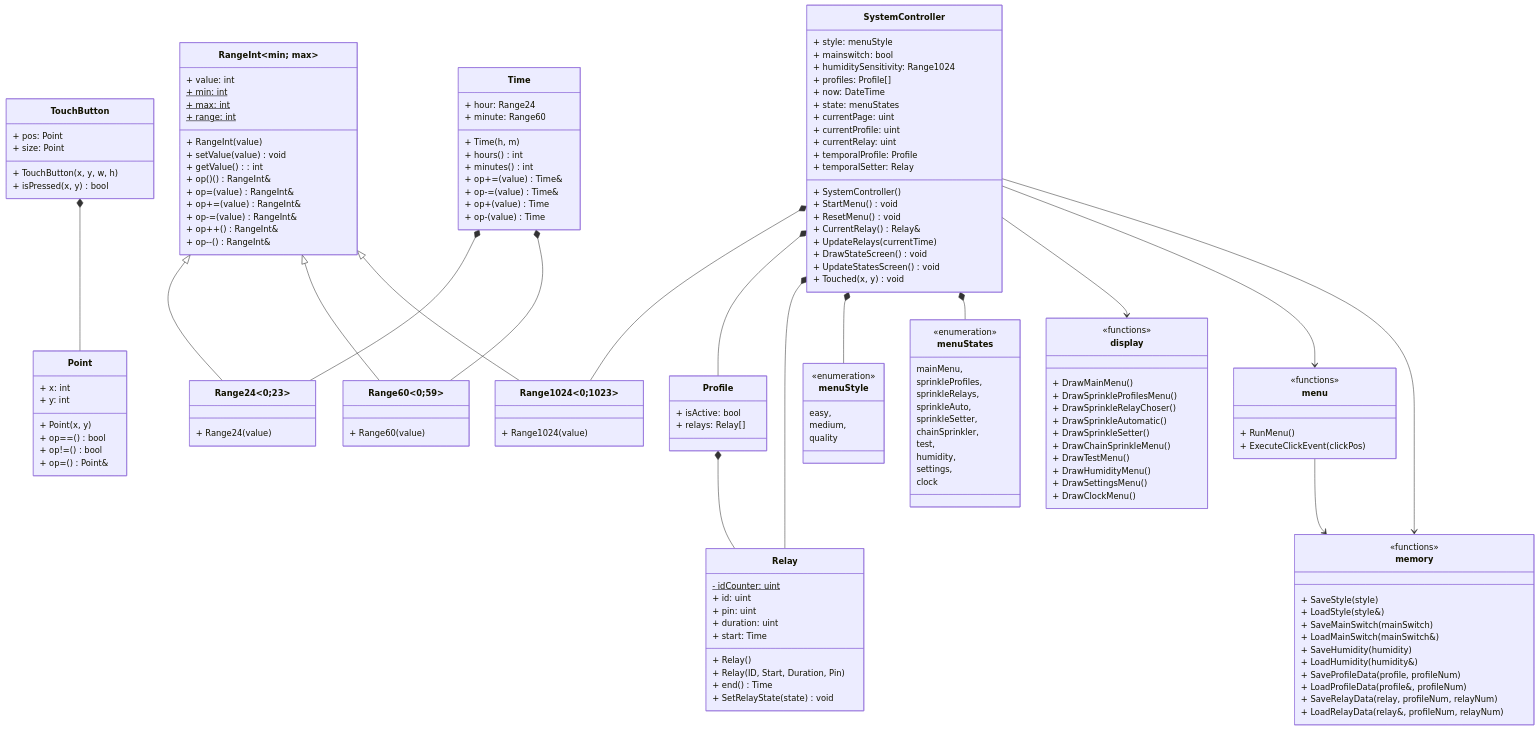
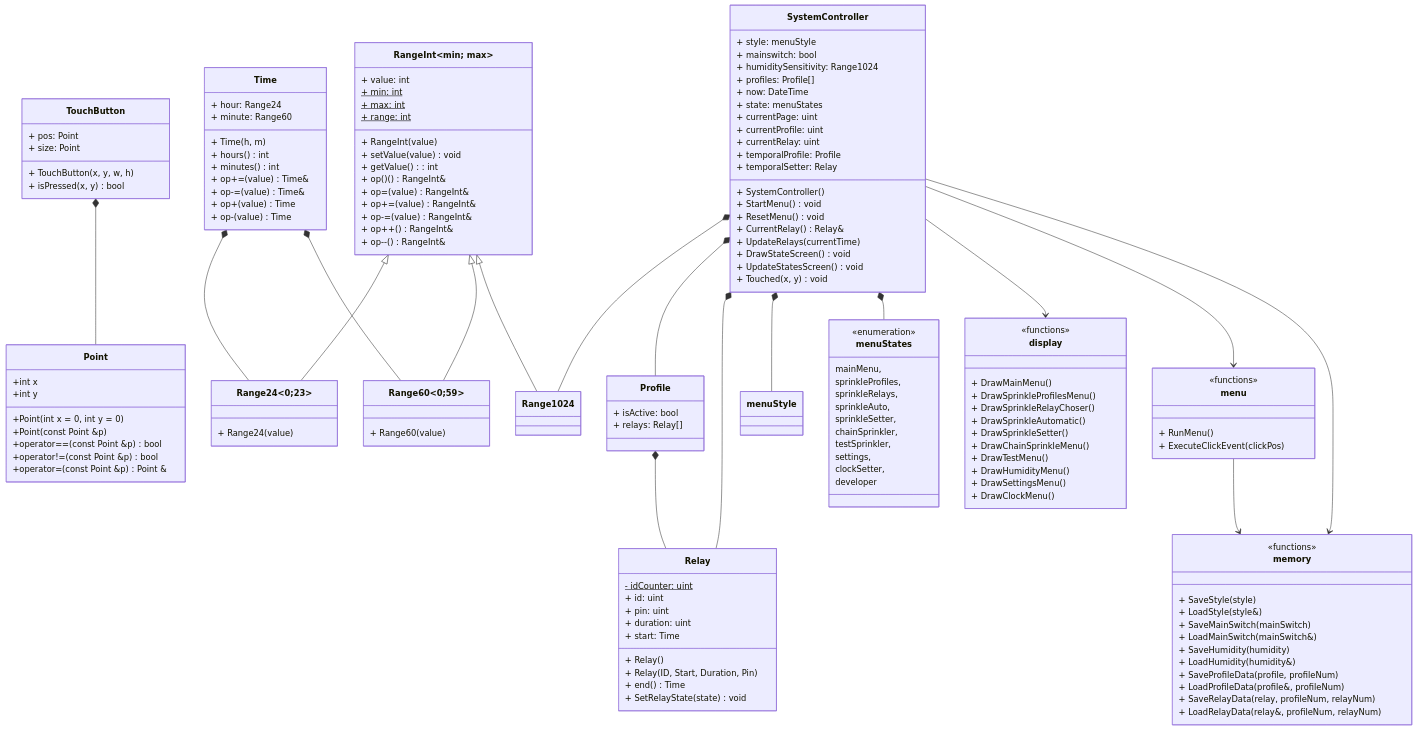
One commit to Spyro1/SprinkleSystem changed the first of 2 diagrams in MinimalistSprinklerGUI/DEVDOC.md. Above: the diagram before and after it, drawn with Mermaid. The commit also changed 3 other files, not shown here.

Commit message:
Function documentation: Enum, Point, Range

```diff
--- a/MinimalistSprinklerGUI/DEVDOC.md
+++ b/MinimalistSprinklerGUI/DEVDOC.md
@@ -40,30 +40,25 @@
     direction TB
     class menuStates{
         <<enumeration>>
-        mainMenu, 
-        sprinkleProfiles, 
-        sprinkleRelays, 
+        mainMenu,
+        sprinkleProfiles,
+        sprinkleRelays,
         sprinkleAuto,
         sprinkleSetter,
         chainSprinkler,
-        test,
-        humidity,
+        testSprinkler,
         settings,
-        clock
+        clockSetter,
+        developer
     }
-    class menuStyle{
-        <<enumeration>>
-        easy,
-        medium,
-        quality
-    }
-    class Point{
-        + x: int
-        + y: int
-        + Point(x, y)
-        + op==() bool
-        + op!=() bool
-        + op=() Point&
+    class Point {
+        +int x
+        +int y
+        +Point(int x = 0, int y = 0)
+        +Point(const Point &p)
+        +operator==(const Point &p) bool
+        +operator!=(const Point &p) bool
+        +operator=(const Point &p) Point &
     }
     class RangeInt~min; max~{
         + value: int
@@ -79,9 +74,6 @@
         + op-=(value) RangeInt&
         + op++() RangeInt&
         + op--() RangeInt&
-    }
-    class Range1024~0;1023~{
-        + Range1024(value)    
     }
     class Range60~0;59~{
         + Range60(value)
```
